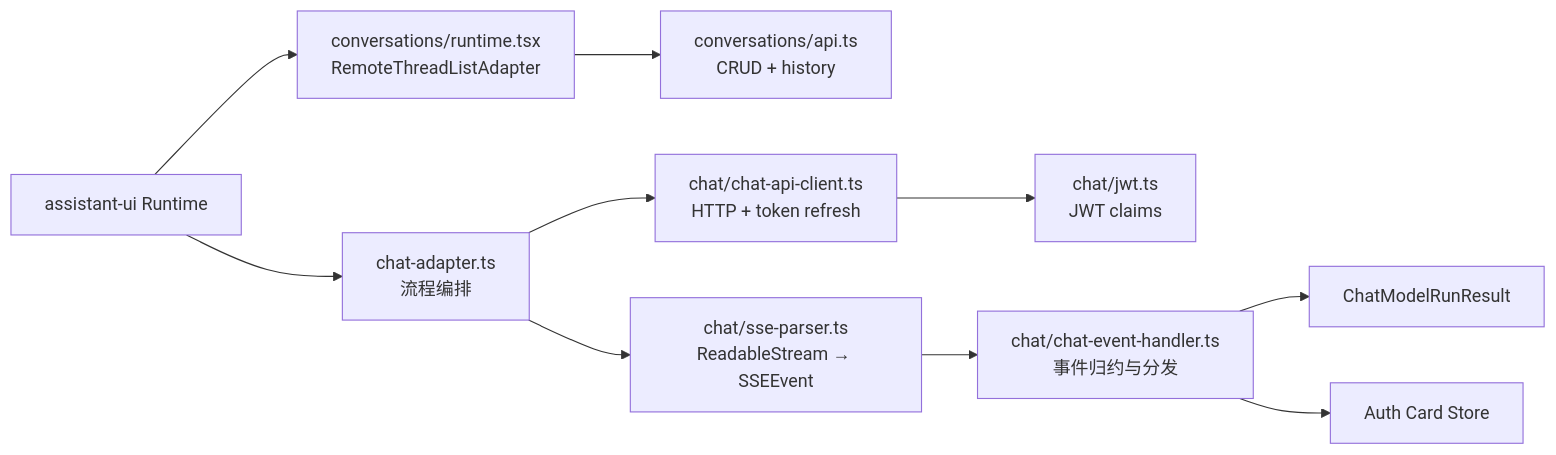
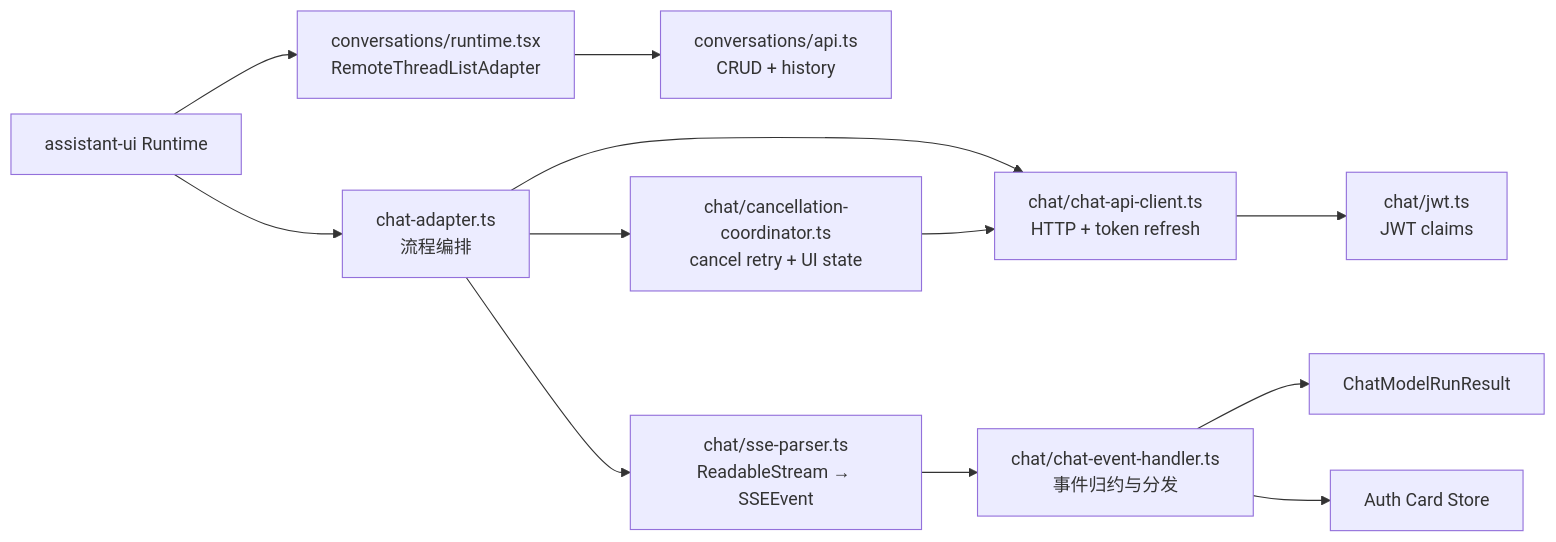
One commit to T-1009/personal-assistant changed the seventh of 14 diagrams in personal-assistant-meta/architecture/frontend_architecture.md. Above: the diagram before and after it, drawn with Mermaid. The commit also changed other lines of this file and 12 other files, not shown here.

````diff
--- a/personal-assistant-meta/architecture/frontend_architecture.md
+++ b/personal-assistant-meta/architecture/frontend_architecture.md
@@ -323,12 +323,14 @@
 ```mermaid
 flowchart LR
     Runtime["assistant-ui Runtime"] --> Adapter["chat-adapter.ts<br/>流程编排"]
     Runtime --> Threads["conversations/runtime.tsx<br/>RemoteThreadListAdapter"]
     Threads --> ConversationAPI["conversations/api.ts<br/>CRUD + history"]
     Adapter --> API["chat/chat-api-client.ts<br/>HTTP + token refresh"]
+    Adapter --> Cancel["chat/cancellation-coordinator.ts<br/>cancel retry + UI state"]
+    Cancel --> API
     API --> JWT["chat/jwt.ts<br/>JWT claims"]
     Adapter --> Parser["chat/sse-parser.ts<br/>ReadableStream → SSEEvent"]
     Parser --> Handler["chat/chat-event-handler.ts<br/>事件归约与分发"]
     Handler --> Result["ChatModelRunResult"]
     Handler --> AuthStore["Auth Card Store"]
 ```
````
